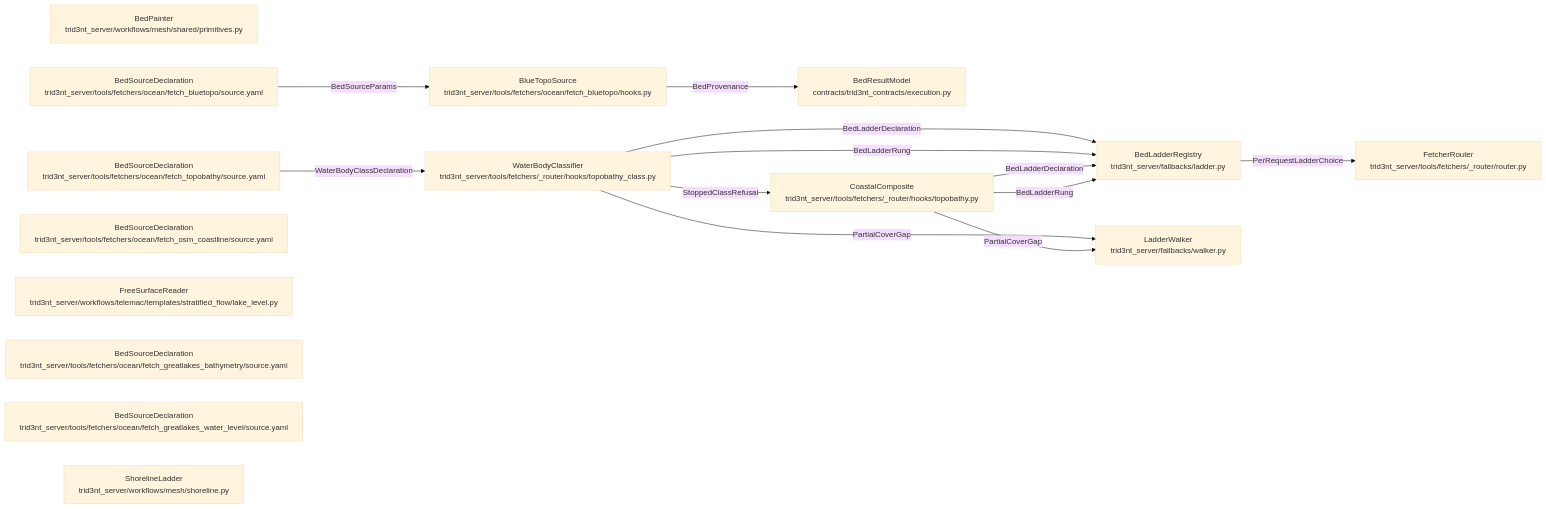
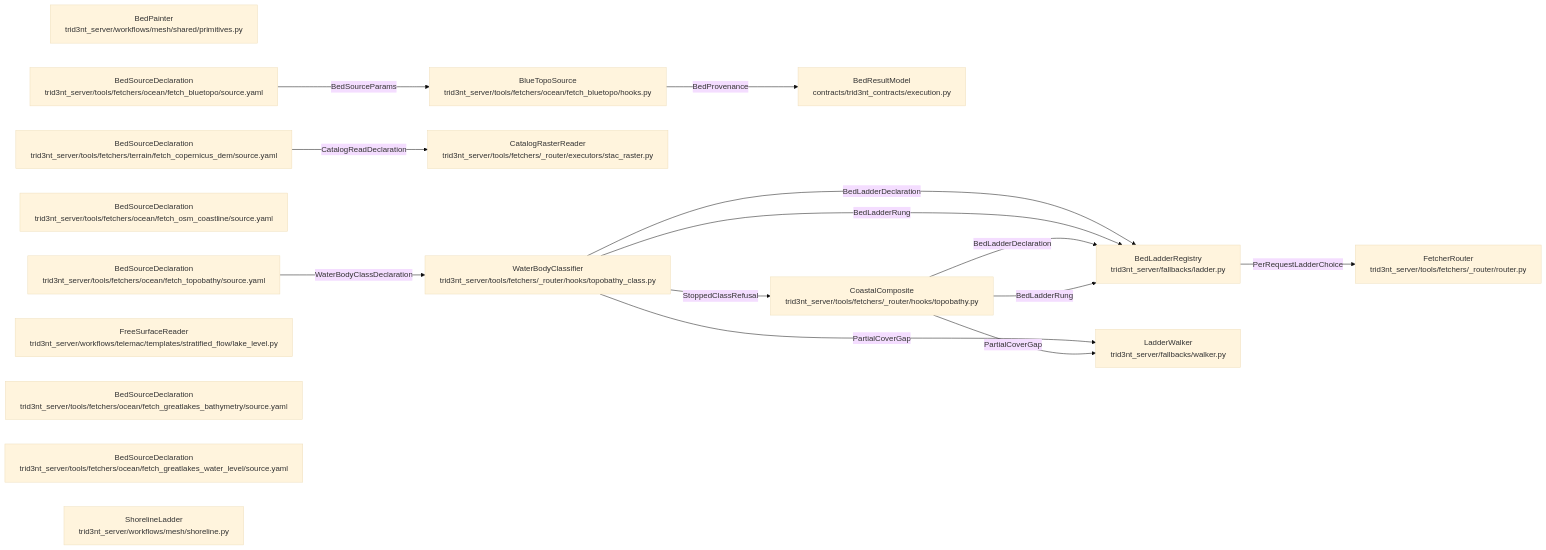
One commit to double-r-squared/trid3nt-qgis-plugin changed the diagram in docs/model/data-seam-view.md. Above: the diagram before and after it, drawn with Mermaid (base theme). The commit also changed other lines of this file and 2 other files, not shown here.

First line of the commit message:
model: the catalog reader as a part of the data seam

````diff
--- a/docs/model/data-seam-view.md
+++ b/docs/model/data-seam-view.md
@@ -9,29 +9,32 @@
 ```mermaid
 flowchart LR
     bedLadderRegistry["BedLadderRegistry<br/>trid3nt_server/fallbacks/ladder.py"]
     bedPainter["BedPainter<br/>trid3nt_server/workflows/mesh/shared/primitives.py"]
     bedResultModel["BedResultModel<br/>contracts/trid3nt_contracts/execution.py"]
     blueTopoDeclaration["BedSourceDeclaration<br/>trid3nt_server/tools/fetchers/ocean/fetch_bluetopo/source.yaml"]
     blueTopoSource["BlueTopoSource<br/>trid3nt_server/tools/fetchers/ocean/fetch_bluetopo/hooks.py"]
     coastalComposite["CoastalComposite<br/>trid3nt_server/tools/fetchers/_router/hooks/topobathy.py"]
     coastalDeclaration["BedSourceDeclaration<br/>trid3nt_server/tools/fetchers/ocean/fetch_topobathy/source.yaml"]
     coastlineDeclaration["BedSourceDeclaration<br/>trid3nt_server/tools/fetchers/ocean/fetch_osm_coastline/source.yaml"]
+    copernicusDeclaration["BedSourceDeclaration<br/>trid3nt_server/tools/fetchers/terrain/fetch_copernicus_dem/source.yaml"]
     fetcherRouter["FetcherRouter<br/>trid3nt_server/tools/fetchers/_router/router.py"]
     freeSurfaceReader["FreeSurfaceReader<br/>trid3nt_server/workflows/telemac/templates/stratified_flow/lake_level.py"]
     ladderWalker["LadderWalker<br/>trid3nt_server/fallbacks/walker.py"]
     lakeDeclaration["BedSourceDeclaration<br/>trid3nt_server/tools/fetchers/ocean/fetch_greatlakes_bathymetry/source.yaml"]
     lakeLevelDeclaration["BedSourceDeclaration<br/>trid3nt_server/tools/fetchers/ocean/fetch_greatlakes_water_level/source.yaml"]
     shorelineLadder["ShorelineLadder<br/>trid3nt_server/workflows/mesh/shoreline.py"]
+    stacRasterReader["CatalogRasterReader<br/>trid3nt_server/tools/fetchers/_router/executors/stac_raster.py"]
     waterBodyClassifier["WaterBodyClassifier<br/>trid3nt_server/tools/fetchers/_router/hooks/topobathy_class.py"]
     blueTopoSource -- "BedProvenance" --> bedResultModel
     blueTopoDeclaration -- "BedSourceParams" --> blueTopoSource
+    copernicusDeclaration -- "CatalogReadDeclaration" --> stacRasterReader
     waterBodyClassifier -- "PartialCoverGap" --> ladderWalker
     waterBodyClassifier -- "BedLadderDeclaration" --> bedLadderRegistry
     waterBodyClassifier -- "BedLadderRung" --> bedLadderRegistry
     coastalDeclaration -- "WaterBodyClassDeclaration" --> waterBodyClassifier
     coastalComposite -- "PartialCoverGap" --> ladderWalker
     coastalComposite -- "BedLadderDeclaration" --> bedLadderRegistry
     coastalComposite -- "BedLadderRung" --> bedLadderRegistry
     bedLadderRegistry -- "PerRequestLadderChoice" --> fetcherRouter
     waterBodyClassifier -- "StoppedClassRefusal" --> coastalComposite
 ```
````
